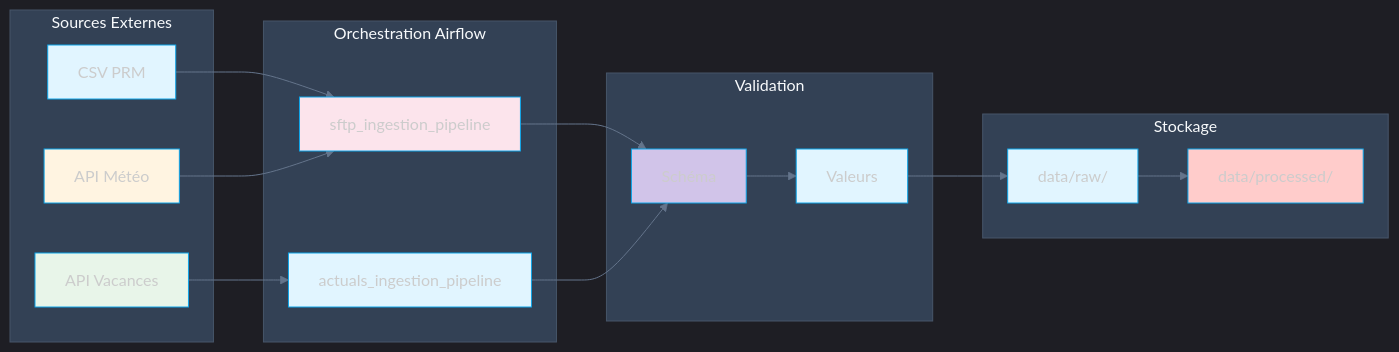
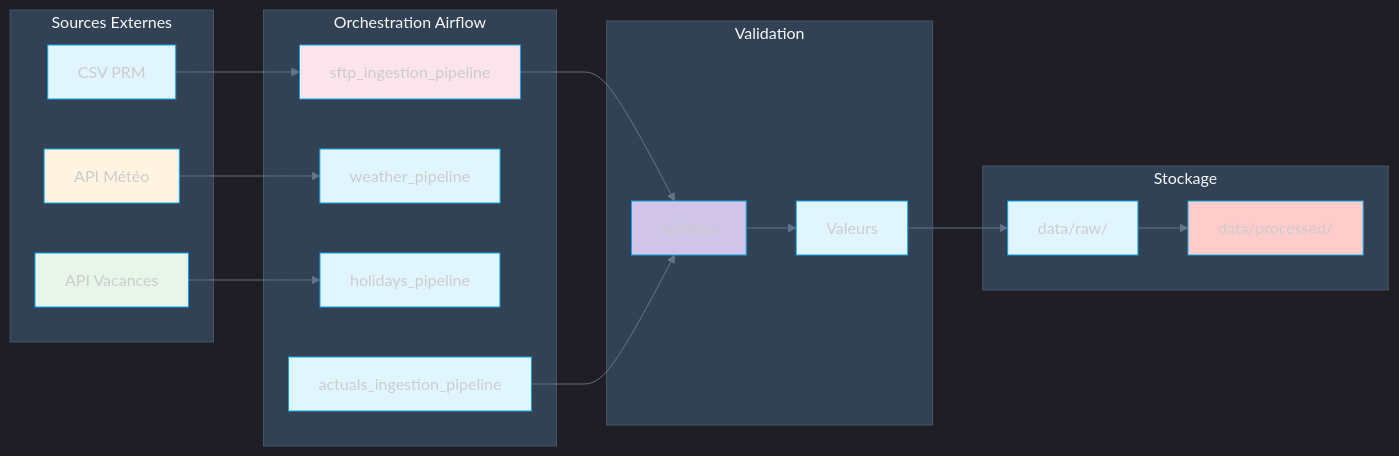
Before and after one commit to jinsudai/jinsudai: the second of 2 diagrams in Services/docsify/docs/pipeline-ingestion.md, drawn with Mermaid. The commit also changed other lines of this file and 12 other files, not shown here.

````diff
--- a/Services/docsify/docs/pipeline-ingestion.md
+++ b/Services/docsify/docs/pipeline-ingestion.md
@@ -27,40 +27,42 @@
 ```mermaid
 %%{init: {'theme': 'dark', 'themeVariables': {'primaryColor': '#e1f5ff', 'primaryTextColor': '#1e293b', 'primaryBorderColor': '#0ea5e9', 'lineColor': '#64748b', 'secondaryColor': '#fff4e1', 'tertiaryColor': '#fce4ec', 'background': '#1e293b', 'mainBkg': '#e1f5ff', 'nodeBorder': '#0ea5e9', 'clusterBkg': '#334155', 'clusterBorder': '#475569', 'titleColor': '#f8fafc', 'edgeLabelBackground': '#1e293b'}}}%%
 graph LR
     subgraph "Sources Externes"
         S1[CSV PRM]
         S2[API Météo]
         S3[API Vacances]
     end
-    
+
     subgraph "Orchestration Airflow"
         O1[sftp_ingestion_pipeline]
-        O2[actuals_ingestion_pipeline]
+        O2[weather_pipeline]
+        O3[holidays_pipeline]
+        O4[actuals_ingestion_pipeline]
     end
-    
+
     subgraph "Validation"
         V1[Schéma]
         V2[Valeurs]
     end
-    
+
     subgraph "Stockage"
         ST1[data/raw/]
         ST2[data/processed/]
     end
-    
+
     S1 --> O1
-    S2 --> O1
-    S3 --> O2
+    S2 --> O2
+    S3 --> O3
     O1 --> V1
-    O2 --> V1
+    O4 --> V1
     V1 --> V2
     V2 --> ST1
     ST1 --> ST2
-    
+
     style S1 fill:#e1f5ff
     style S2 fill:#fff4e1
     style S3 fill:#e8f5e9
     style O1 fill:#fce4ec
     style V1 fill:#d1c4e9
     style ST2 fill:#ffcccb
 ```
````
